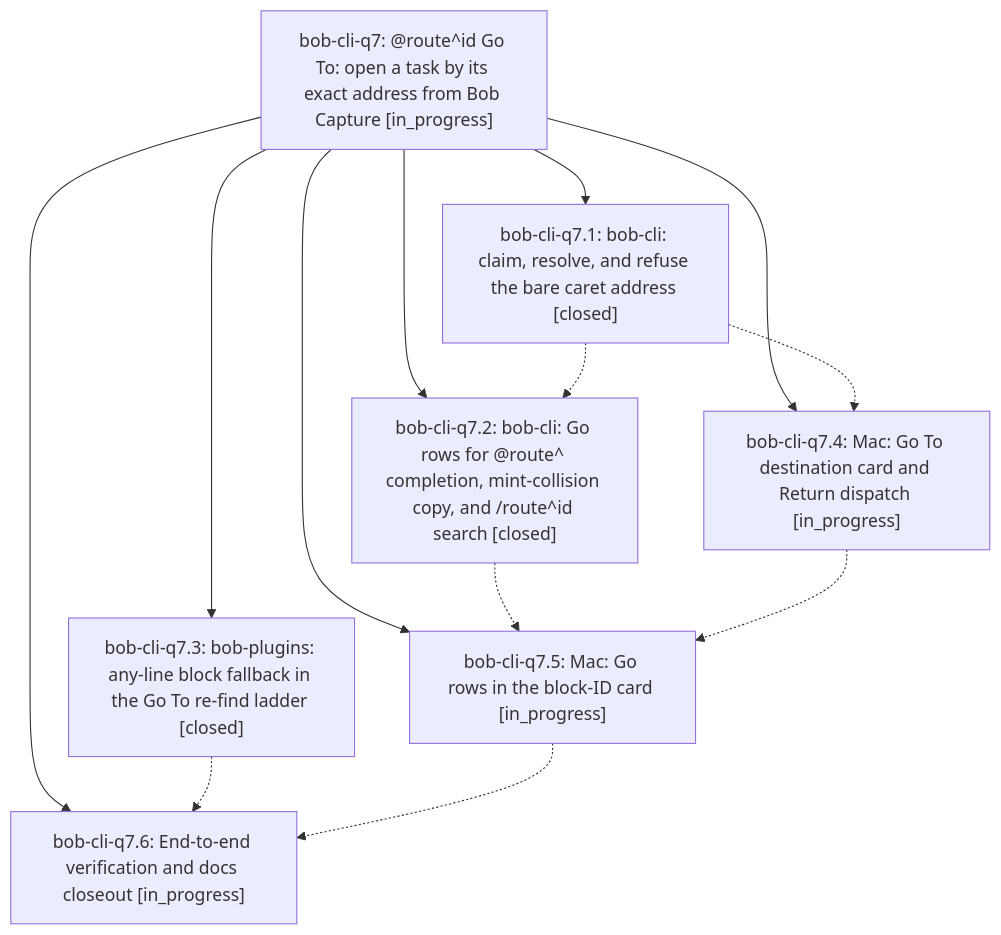
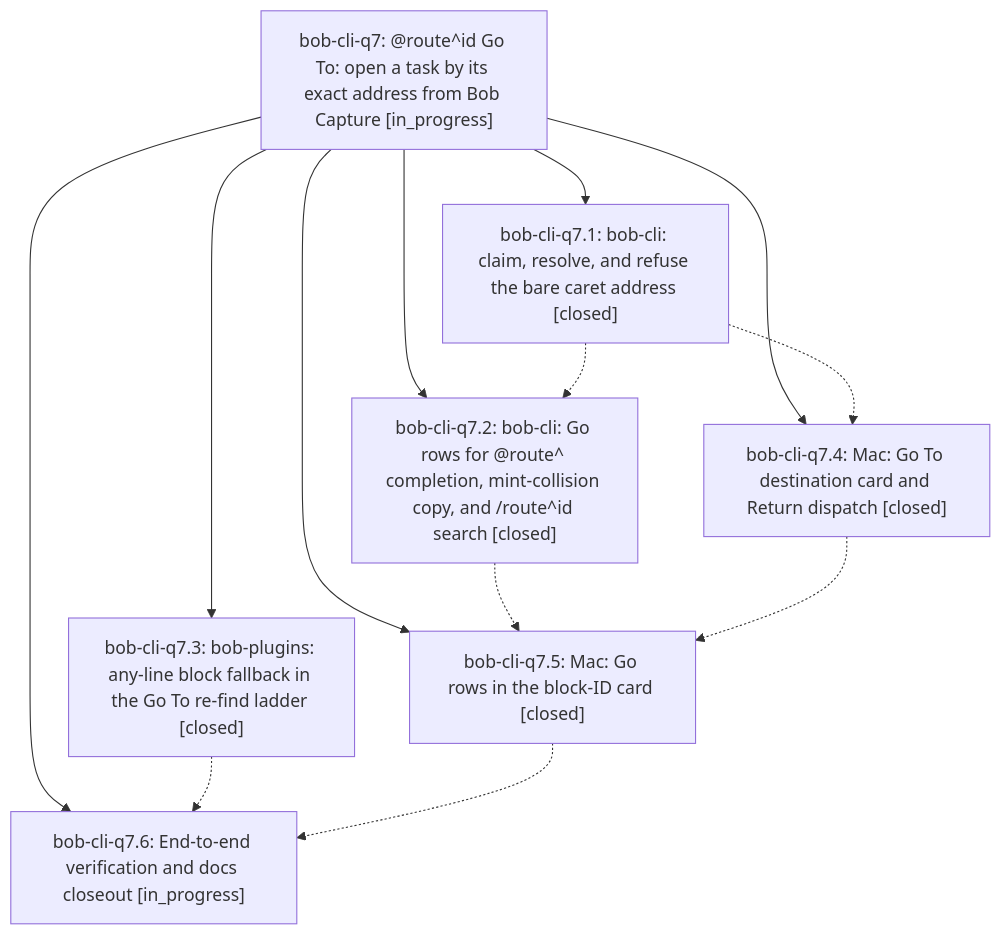
One commit to bobs-org/bob-cli--beads changed the diagram in pages/bob-cli-q7/README.md. Above: the diagram before and after it, drawn with Mermaid. The commit also changed other lines of this file and 5 other files, not shown here.

First line of the commit message:
chore(beads): sync bead state and pages for bob-cli-q7

````diff
--- a/pages/bob-cli-q7/README.md
+++ b/pages/bob-cli-q7/README.md
@@ -47,22 +47,22 @@
 ```mermaid
 flowchart TD
     n0["bob-cli-q7: @route^id Go To: open a task by its exact address from Bob Capture [in_progress]"]
     n1["bob-cli-q7.1: bob-cli: claim, resolve, and refuse the bare caret address [closed]"]
     n2["bob-cli-q7.2: bob-cli: Go rows for @route^ completion, mint-collision copy, and /route^id search [closed]"]
     n3["bob-cli-q7.3: bob-plugins: any-line block fallback in the Go To re-find ladder [closed]"]
-    n4["bob-cli-q7.4: Mac: Go To destination card and Return dispatch [in_progress]"]
-    n5["bob-cli-q7.5: Mac: Go rows in the block-ID card [in_progress]"]
+    n4["bob-cli-q7.4: Mac: Go To destination card and Return dispatch [closed]"]
+    n5["bob-cli-q7.5: Mac: Go rows in the block-ID card [closed]"]
     n6["bob-cli-q7.6: End-to-end verification and docs closeout [in_progress]"]
     n0 --> n1
     n0 --> n2
     n0 --> n3
     n0 --> n4
     n0 --> n5
     n0 --> n6
     n1 -.-> n2
     n1 -.-> n4
     n2 -.-> n5
     n3 -.-> n6
     n4 -.-> n5
     n5 -.-> n6
 ```
````
